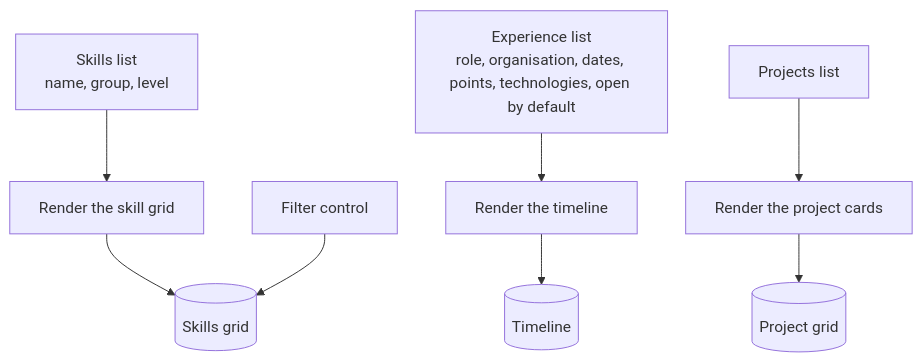
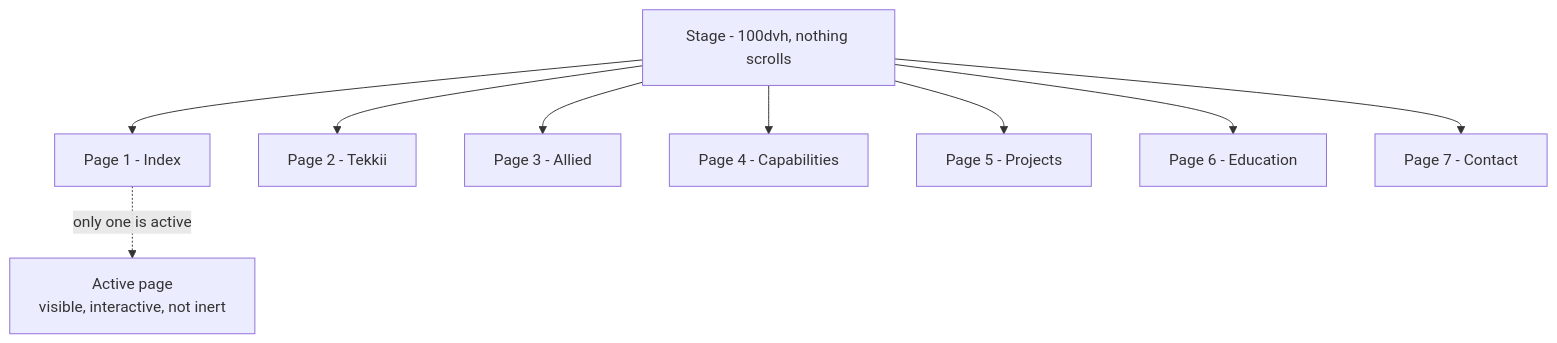
One commit to MoAbboud/PortFolio changed the second of 5 diagrams in resume/requirements/03-architecture.md. Above: the diagram before and after it, drawn with Mermaid. The commit also changed other lines of this file and 7 other files, not shown here.

````diff
--- a/resume/requirements/03-architecture.md
+++ b/resume/requirements/03-architecture.md
@@ -37,10 +41,11 @@
 ```mermaid
 flowchart TB
-    S[Skills list<br/>name, group, level] --> RS[Render the skill grid]
-    E[Experience list<br/>role, organisation, dates, points, technologies, open by default] --> RE[Render the timeline]
-    P[Projects list] --> RP[Render the project cards]
-    RS --> GRID[(Skills grid)]
-    RE --> TL[(Timeline)]
-    RP --> PG[(Project grid)]
-    FILT[Filter control] --> GRID
+    STAGE[Stage - 100dvh, nothing scrolls] --> P0[Page 1 - Index]
+    STAGE --> P1[Page 2 - Tekkii]
+    STAGE --> P2[Page 3 - Allied]
+    STAGE --> P3[Page 4 - Capabilities]
+    STAGE --> P4[Page 5 - Projects]
+    STAGE --> P5[Page 6 - Education]
+    STAGE --> P6[Page 7 - Contact]
+    P0 -.->|only one is active| ACT[Active page<br/>visible, interactive, not inert]
 ```
````
